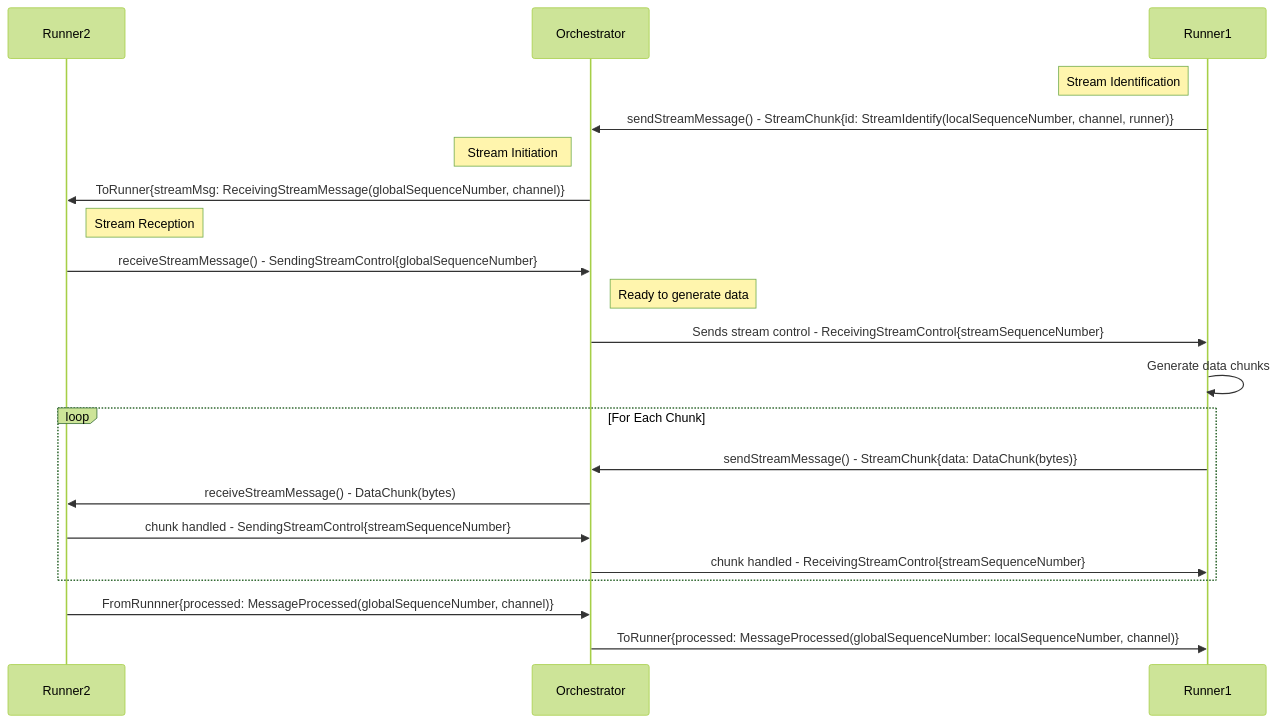
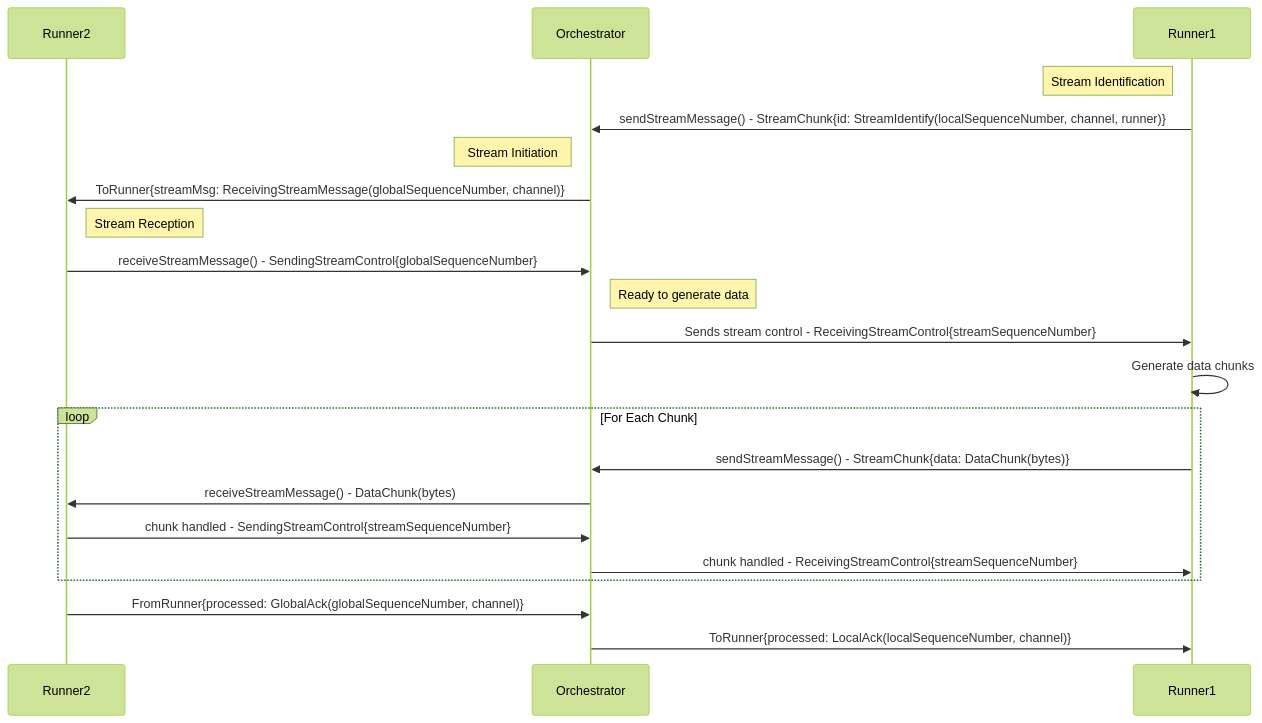
Before and after one commit to rdf-connect/proto: the third of 4 diagrams in README.md, drawn with Mermaid (forest theme). The commit also changed other lines of this file and 6 other files, not shown here.

Commit message:
feat: split processed into LocalAck and GlobalAck

````diff
--- a/README.md
+++ b/README.md
@@ -112,28 +112,28 @@
 ```mermaid
 sequenceDiagram
     participant R2 as Runner2
     participant O as Orchestrator
     participant R1 as Runner1
 
     Note left of R1: Stream Identification
     R1->>O: sendStreamMessage() - StreamChunk{id: StreamIdentify(localSequenceNumber, channel, runner)}
 
     Note left of O: Stream Initiation
     O->>R2: ToRunner{streamMsg: ReceivingStreamMessage(globalSequenceNumber, channel)}
 
     Note right of R2: Stream Reception
     R2->>O: receiveStreamMessage() - SendingStreamControl{globalSequenceNumber}
 
     Note right of O: Ready to generate data
     O->>R1: Sends stream control - ReceivingStreamControl{streamSequenceNumber}
 
     R1->>R1: Generate data chunks
     loop For Each Chunk
         R1->>O: sendStreamMessage() - StreamChunk{data: DataChunk(bytes)}
         O->>R2: receiveStreamMessage() - DataChunk(bytes)
         R2->>O: chunk handled - SendingStreamControl{streamSequenceNumber}
         O->>R1: chunk handled - ReceivingStreamControl{streamSequenceNumber}
     end
-    R2->>O: FromRunnner{processed: MessageProcessed(globalSequenceNumber, channel)}
-    O->>R1: ToRunner{processed: MessageProcessed(globalSequenceNumber: localSequenceNumber, channel)}
+    R2->>O: FromRunner{processed: GlobalAck(globalSequenceNumber, channel)}
+    O->>R1: ToRunner{processed: LocalAck(localSequenceNumber, channel)}
 ```
````
